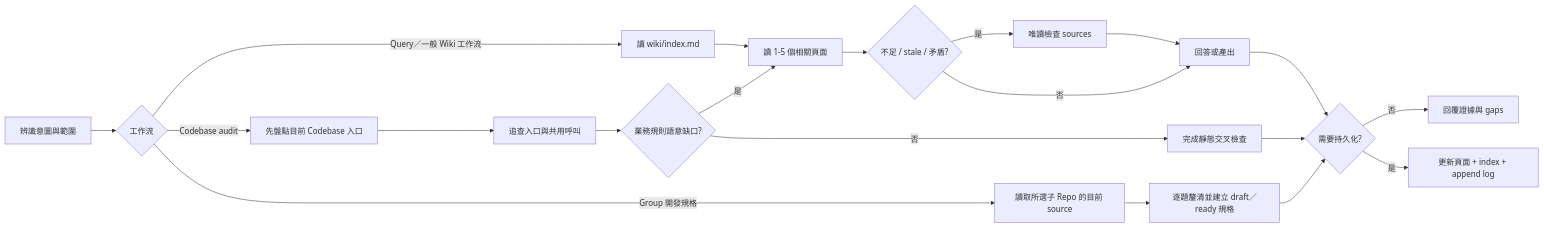
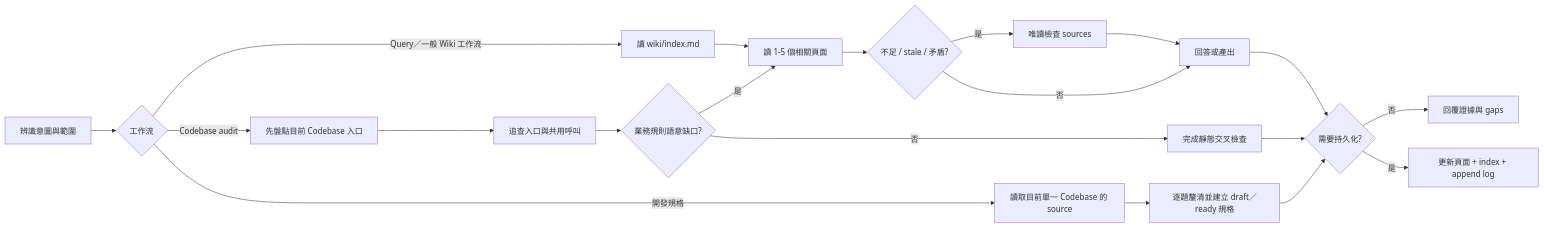
Before and after one commit to dennis8499/code-base-llm-wiki: the diagram in docs/product/workflows/README.md, drawn with Mermaid. The commit also changed other lines of this file and 29 other files, not shown here.

````diff
--- a/docs/product/workflows/README.md
+++ b/docs/product/workflows/README.md
@@ -7,22 +7,22 @@
 ```mermaid
 flowchart LR
     Intent[辨識意圖與範圍] --> Route{工作流}
     Route -->|Query／一般 Wiki 工作流| Index[讀 wiki/index.md]
     Route -->|Codebase audit| Inventory[先盤點目前 Codebase 入口]
-    Route -->|Group 開發規格| SpecSource[讀取所選子 Repo 的目前 source]
+    Route -->|開發規格| SpecSource[讀取目前單一 Codebase 的 source]
     SpecSource --> SpecWork[逐題釐清並建立 draft／ready 規格]
     SpecWork --> Persist
     Index --> Pages[讀 1-5 個相關頁面]
     Pages --> Gap{不足 / stale / 矛盾?}
     Gap -->|是| Source[唯讀檢查 sources]
     Gap -->|否| Work[回答或產出]
     Source --> Work
     Inventory --> Trace[追查入口與共用呼叫]
     Trace --> BusinessGap{業務規則語意缺口?}
     BusinessGap -->|是| Pages
     BusinessGap -->|否| AuditWork[完成靜態交叉檢查]
     AuditWork --> Persist
     Work --> Persist{需要持久化?}
     Persist -->|否| Done[回覆證據與 gaps]
     Persist -->|是| Update[更新頁面 + index + append log]
 ```
````
